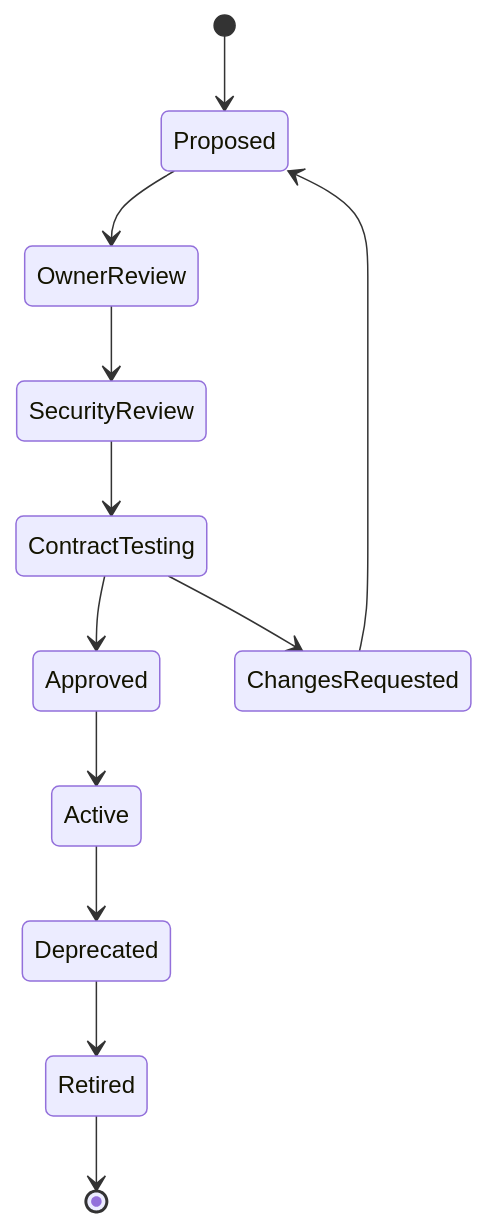
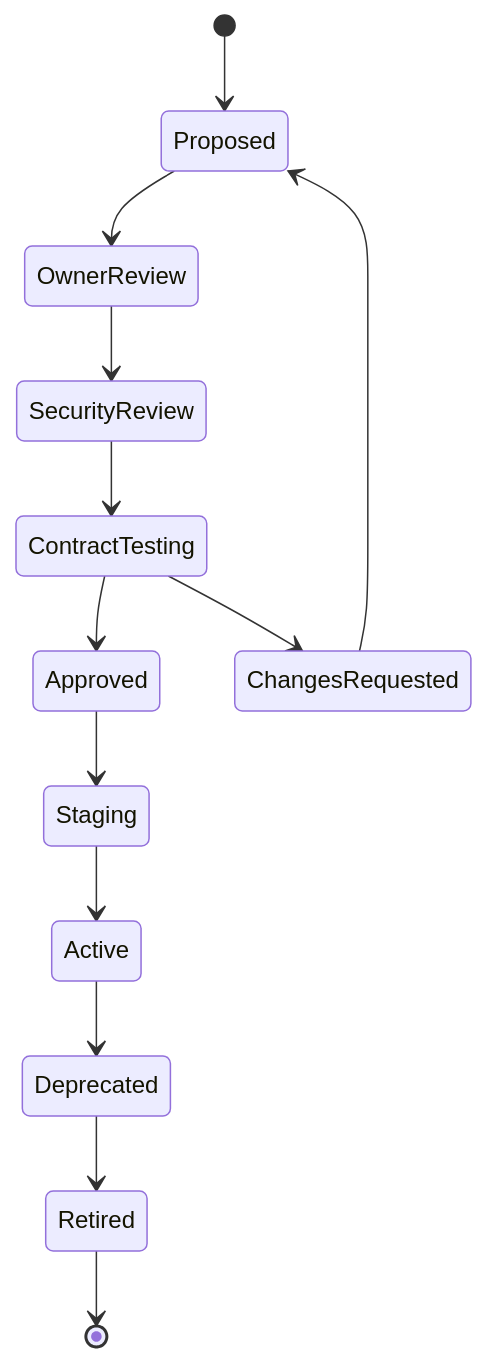
The diagram in docs/service-contracts.md (Brajesh31/API-Gateway-Tripzy), drawn with Mermaid before and after one commit. The commit also changed other lines of this file, not shown here.

````diff
--- a/docs/service-contracts.md
+++ b/docs/service-contracts.md
@@ -69,14 +79,15 @@
-```mermaid
+~~~mermaid
 stateDiagram-v2
   [*] --> Proposed
   Proposed --> OwnerReview
   OwnerReview --> SecurityReview
   SecurityReview --> ContractTesting
   ContractTesting --> Approved
   ContractTesting --> ChangesRequested
   ChangesRequested --> Proposed
-  Approved --> Active
+  Approved --> Staging
+  Staging --> Active
   Active --> Deprecated
   Deprecated --> Retired
   Retired --> [*]
-```
+~~~
````
